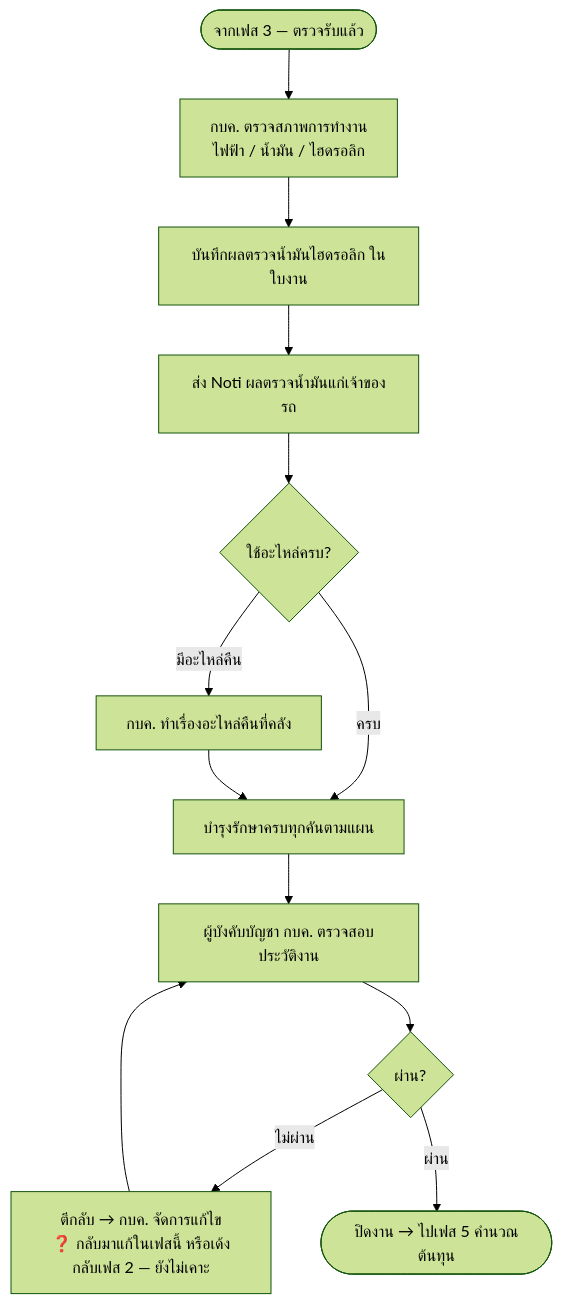
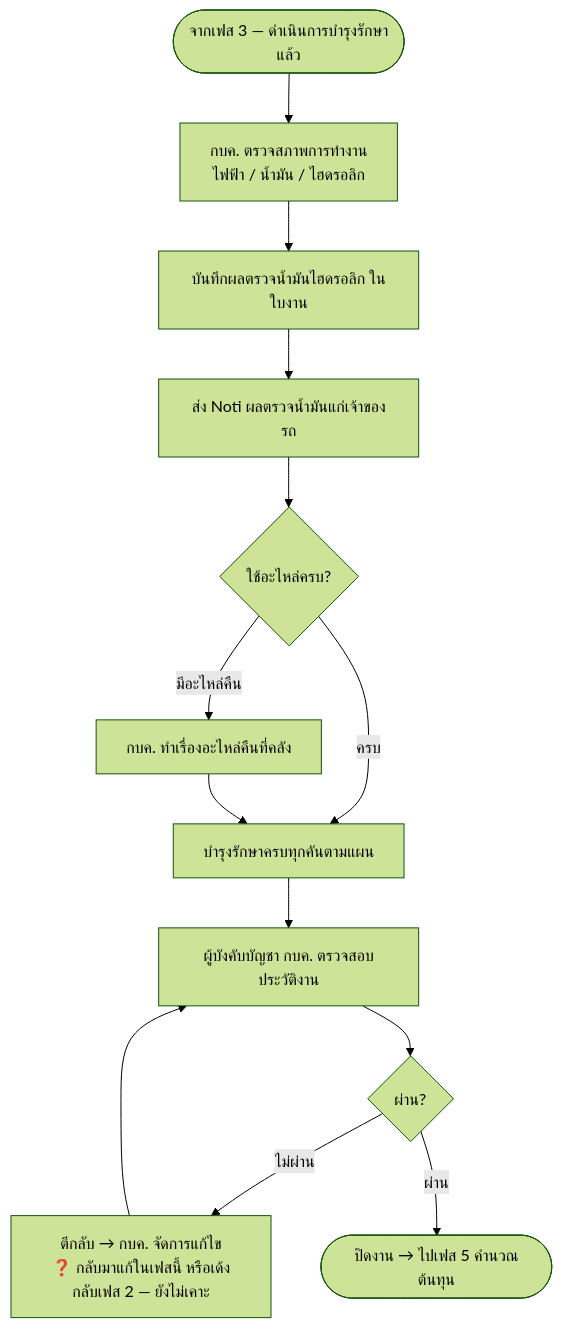
Before and after one commit to anugmail/Maintenance-Request-Form: the diagram in Diagram/01-บำรุงรักษาตามวาระ/05-เฟส4-จัดทำรายงาน.md, drawn with Mermaid (forest theme). The commit also changed 14 other files, not shown here.

````diff
--- a/Diagram/01-บำรุงรักษาตามวาระ/05-เฟส4-จัดทำรายงาน.md
+++ b/Diagram/01-บำรุงรักษาตามวาระ/05-เฟส4-จัดทำรายงาน.md
@@ -8,15 +8,15 @@
 ```mermaid
 flowchart TB
-    S([จากเฟส 3 — ตรวจรับแล้ว]) --> A[กบค. ตรวจสภาพการทำงาน<br/>ไฟฟ้า / น้ำมัน / ไฮดรอลิก]
+    S([จากเฟส 3 — ดำเนินการบำรุงรักษาแล้ว]) --> A[กบค. ตรวจสภาพการทำงาน<br/>ไฟฟ้า / น้ำมัน / ไฮดรอลิก]
     A --> B[บันทึกผลตรวจน้ำมันไฮดรอลิก ในใบงาน]
     B --> C[ส่ง Noti ผลตรวจน้ำมันแก่เจ้าของรถ]
     C --> D{ใช้อะไหล่ครบ?}
     D -->|มีอะไหล่คืน| E[กบค. ทำเรื่องอะไหล่คืนที่คลัง]
     D -->|ครบ| F[บำรุงรักษาครบทุกคันตามแผน]
     E --> F
     F --> G[ผู้บังคับบัญชา กบค. ตรวจสอบประวัติงาน]
     G --> H{ผ่าน?}
     H -->|ไม่ผ่าน| I["ตีกลับ → กบค. จัดการแก้ไข<br/>❓ กลับมาแก้ในเฟสนี้ หรือเด้งกลับเฟส 2 — ยังไม่เคาะ"]
     I --> G
     H -->|ผ่าน| J([ปิดงาน → ไปเฟส 5 คำนวณต้นทุน])
 ```
````
